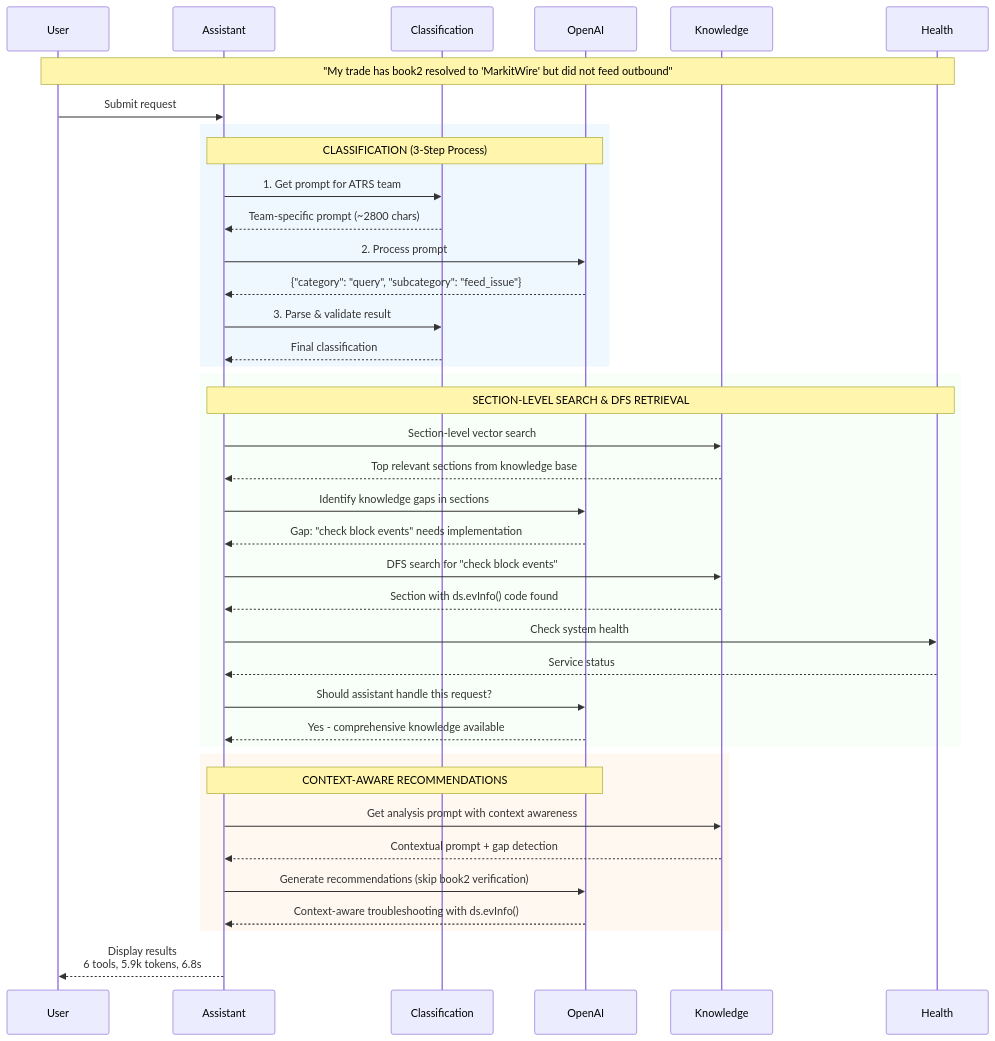
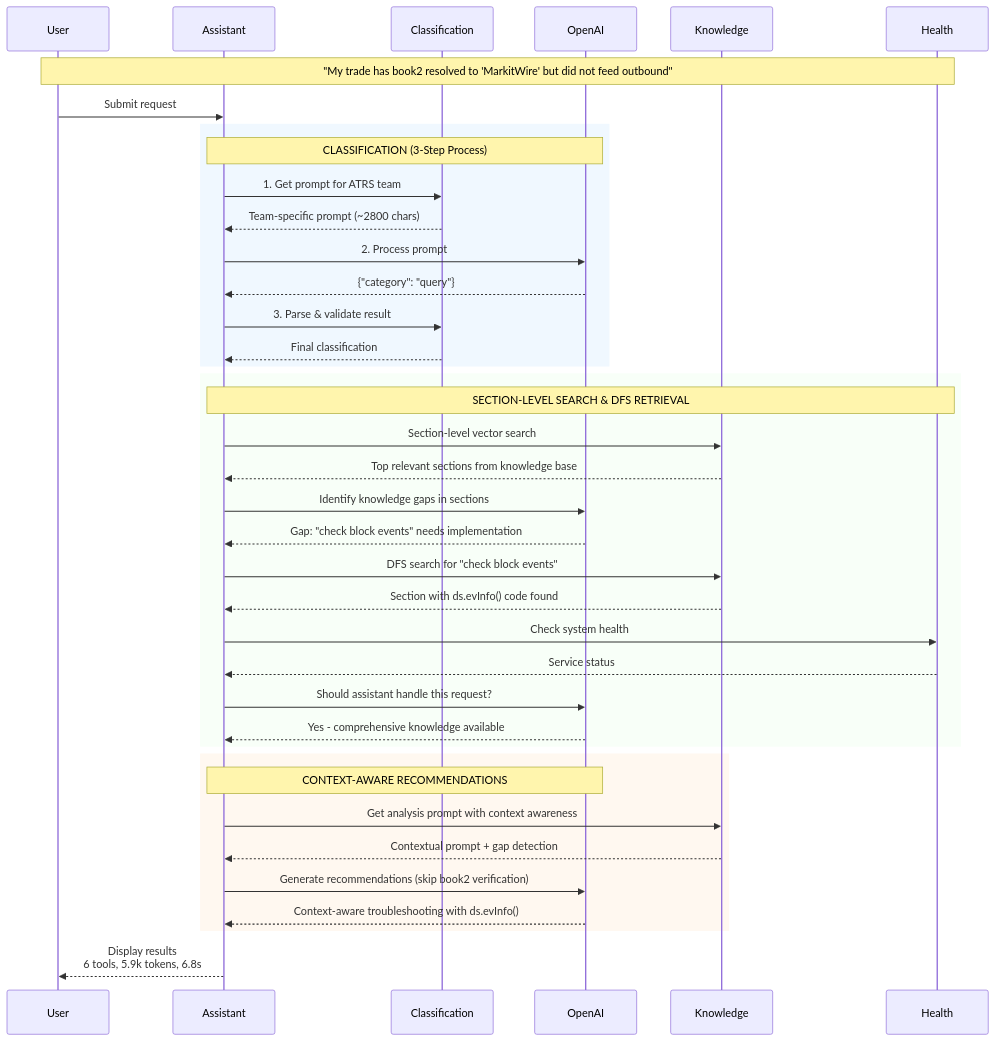
The first of 4 diagrams in simplified_flow_diagram.md (repque/support-assistant), drawn with Mermaid before and after one commit. The commit also changed other lines of this file, not shown here.

````diff
--- a/simplified_flow_diagram.md
+++ b/simplified_flow_diagram.md
@@ -5,47 +5,47 @@
 ```mermaid
 sequenceDiagram
     participant User as User
     participant Assistant as Assistant
     participant ClassServer as Classification
     participant LLM as OpenAI
     participant KnowServer as Knowledge
     participant HealthServer as Health
     
     Note over User,HealthServer: "My trade has book2 resolved to 'MarkitWire' but did not feed outbound"
     
     User->>Assistant: Submit request
     
     rect rgb(240, 248, 255)
         Note over Assistant,LLM: CLASSIFICATION (3-Step Process)
         Assistant->>ClassServer: 1. Get prompt for ATRS team
         ClassServer-->>Assistant: Team-specific prompt (~2800 chars)
         Assistant->>LLM: 2. Process prompt
-        LLM-->>Assistant: {"category": "query", "subcategory": "feed_issue"}
+        LLM-->>Assistant: {"category": "query"}
         Assistant->>ClassServer: 3. Parse & validate result
         ClassServer-->>Assistant: Final classification
     end
     
     rect rgb(248, 255, 248)
         Note over Assistant,HealthServer: SECTION-LEVEL SEARCH & DFS RETRIEVAL
         Assistant->>KnowServer: Section-level vector search
         KnowServer-->>Assistant: Top relevant sections from knowledge base
         Assistant->>LLM: Identify knowledge gaps in sections
         LLM-->>Assistant: Gap: "check block events" needs implementation
         Assistant->>KnowServer: DFS search for "check block events"
         KnowServer-->>Assistant: Section with ds.evInfo() code found
         Assistant->>HealthServer: Check system health
         HealthServer-->>Assistant: Service status
         Assistant->>LLM: Should assistant handle this request?
         LLM-->>Assistant: Yes - comprehensive knowledge available
     end
     
     rect rgb(255, 248, 240)
         Note over Assistant,LLM: CONTEXT-AWARE RECOMMENDATIONS
         Assistant->>KnowServer: Get analysis prompt with context awareness
         KnowServer-->>Assistant: Contextual prompt + gap detection
         Assistant->>LLM: Generate recommendations (skip book2 verification)
         LLM-->>Assistant: Context-aware troubleshooting with ds.evInfo()
     end
     
     Assistant-->>User: Display results<br/>6 tools, 5.9k tokens, 6.8s
 ```
````
